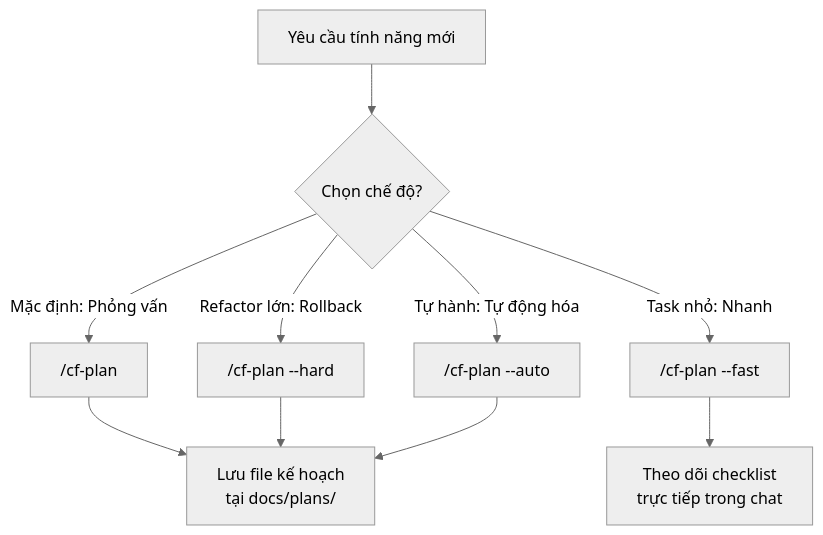
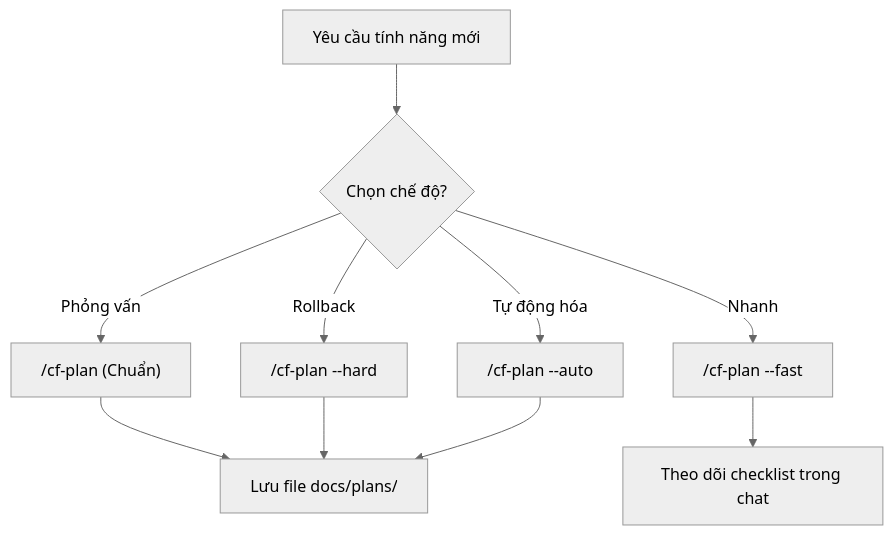
Before and after one commit to nguyengoctin/my_website: the third of 6 diagrams in content/posts/toan-tap-coding-friend-ai-engineering.md, drawn with Mermaid (neutral theme). The commit also changed other lines of this file and 9 other files, not shown here.

````diff
--- a/content/posts/toan-tap-coding-friend-ai-engineering.md
+++ b/content/posts/toan-tap-coding-friend-ai-engineering.md
@@ -89,12 +94,20 @@
 ```mermaid
 flowchart TD
-    UserReq["Yêu cầu tính năng mới"] --> ModeCheck{"Chọn chế độ?"}
-    ModeCheck -->|Mặc định: Phỏng vấn| PlanNormal["/cf-plan"]
-    ModeCheck -->|Task nhỏ: Nhanh| PlanFast["/cf-plan --fast"]
-    ModeCheck -->|Refactor lớn: Rollback| PlanHard["/cf-plan --hard"]
-    ModeCheck -->|Tự hành: Tự động hóa| PlanAuto["/cf-plan --auto"]
-    PlanNormal --> Output["Lưu file kế hoạch<br/>tại docs/plans/"]
-    PlanFast --> InlineOutput["Theo dõi checklist<br/>trực tiếp trong chat"]
+    UserReq["`Yêu cầu tính năng mới`"]
+    ModeCheck{"`Chọn chế độ?`"}
+    PlanNormal["`/cf-plan (Chuẩn)`"]
+    PlanFast["`/cf-plan --fast`"]
+    PlanHard["`/cf-plan --hard`"]
+    PlanAuto["`/cf-plan --auto`"]
+    Output["`Lưu file docs/plans/`"]
+    InlineOutput["`Theo dõi checklist trong chat`"]
+    UserReq --> ModeCheck
+    ModeCheck -->|Phỏng vấn| PlanNormal
+    ModeCheck -->|Nhanh| PlanFast
+    ModeCheck -->|Rollback| PlanHard
+    ModeCheck -->|Tự động hóa| PlanAuto
+    PlanNormal --> Output
+    PlanFast --> InlineOutput
     PlanHard --> Output
     PlanAuto --> Output
 ```
````
